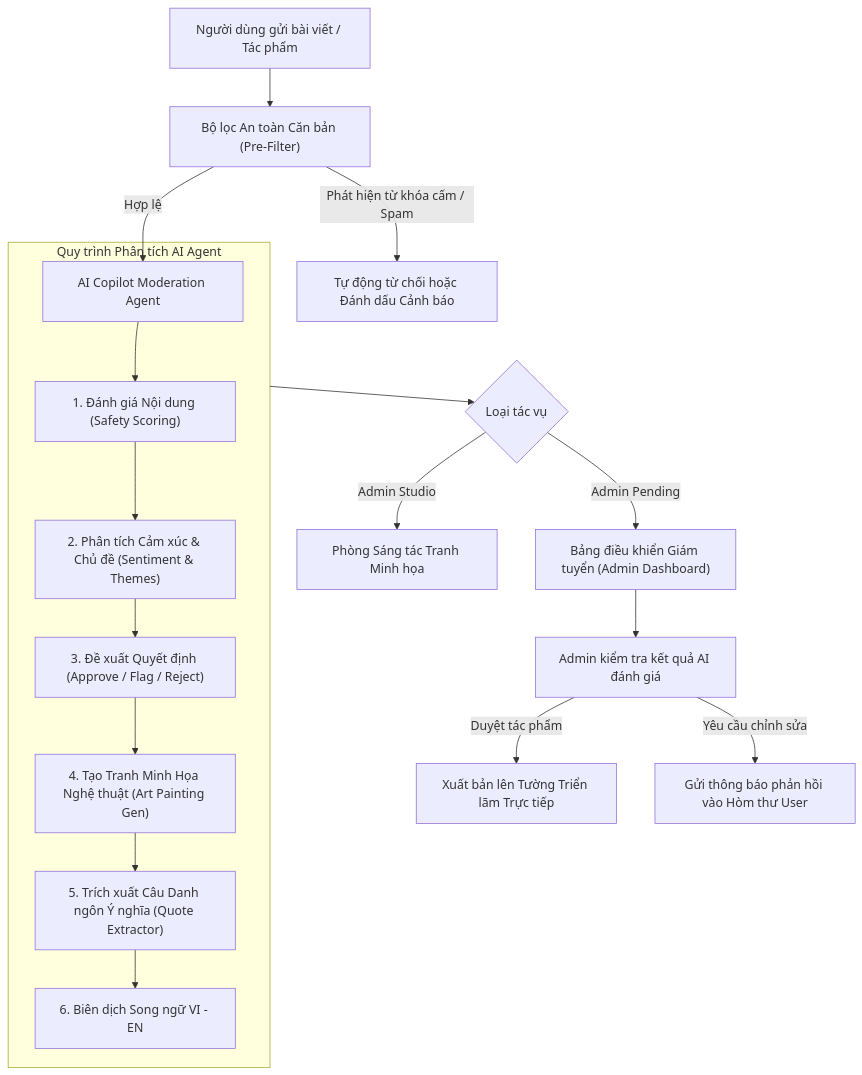
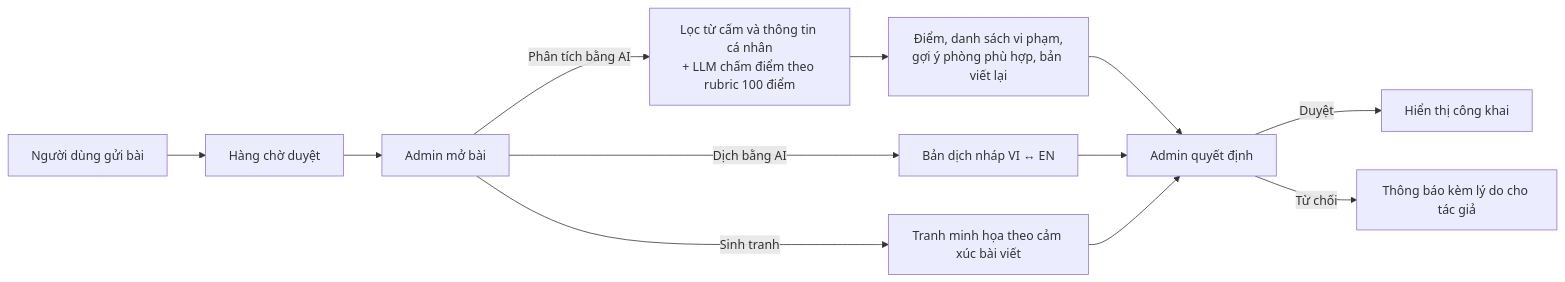
The first of 2 diagrams in README.md (Cocobaut/exhitibtion-diary-platform), drawn with Mermaid before and after one commit. The commit also changed other lines of this file, not shown here.

````diff
--- a/README.md
+++ b/README.md
@@ -164,23 +92,14 @@
 ```mermaid
-flowchart TD
-    A["Người dùng gửi bài viết / Tác phẩm"] --> B["Bộ lọc An toàn Căn bản (Pre-Filter)"]
-    B -->|"Phát hiện từ khóa cấm / Spam"| C["Tự động từ chối hoặc Đánh dấu Cảnh báo"]
-    B -->|"Hợp lệ"| D["AI Copilot Moderation Agent"]
-    
-    subgraph AI_Copilot_Pipeline ["Quy trình Phân tích AI Agent"]
-        D --> E["1. Đánh giá Nội dung (Safety Scoring)"]
-        E --> F["2. Phân tích Cảm xúc & Chủ đề (Sentiment & Themes)"]
-        F --> G["3. Đề xuất Quyết định (Approve / Flag / Reject)"]
-        G --> H["4. Tạo Tranh Minh Họa Nghệ thuật (Art Painting Gen)"]
-        H --> I["5. Trích xuất Câu Danh ngôn Ý nghĩa (Quote Extractor)"]
-        I --> J["6. Biên dịch Song ngữ VI - EN"]
-    end
-    
-    AI_Copilot_Pipeline --> K{"Loại tác vụ"}
-    K -->|"Admin Pending"| L["Bảng điều khiển Giám tuyển (Admin Dashboard)"]
-    K -->|"Admin Studio"| M["Phòng Sáng tác Tranh Minh họa"]
-    
-    L --> N["Admin kiểm tra kết quả AI đánh giá"]
-    N -->|"Duyệt tác phẩm"| O["Xuất bản lên Tường Triển lãm Trực tiếp"]
-    N -->|"Yêu cầu chỉnh sửa"| P["Gửi thông báo phản hồi vào Hòm thư User"]
+flowchart LR
+    A["Người dùng gửi bài"] --> B["Hàng chờ duyệt"]
+    B --> C["Admin mở bài"]
+    C -->|"Phân tích bằng AI"| D["Lọc từ cấm và thông tin cá nhân<br/>+ LLM chấm điểm theo rubric 100 điểm"]
+    D --> E["Điểm, danh sách vi phạm,<br/>gợi ý phòng phù hợp, bản viết lại"]
+    C -->|"Dịch bằng AI"| F["Bản dịch nháp VI ↔ EN"]
+    C -->|"Sinh tranh"| G["Tranh minh họa theo cảm xúc bài viết"]
+    E --> H["Admin quyết định"]
+    F --> H
+    G --> H
+    H -->|"Duyệt"| I["Hiển thị công khai"]
+    H -->|"Từ chối"| J["Thông báo kèm lý do cho tác giả"]
 ```
````
